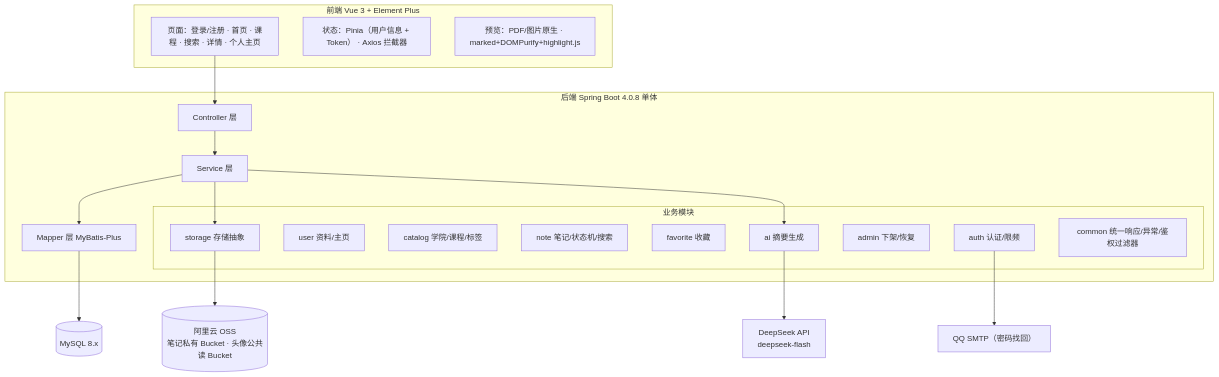
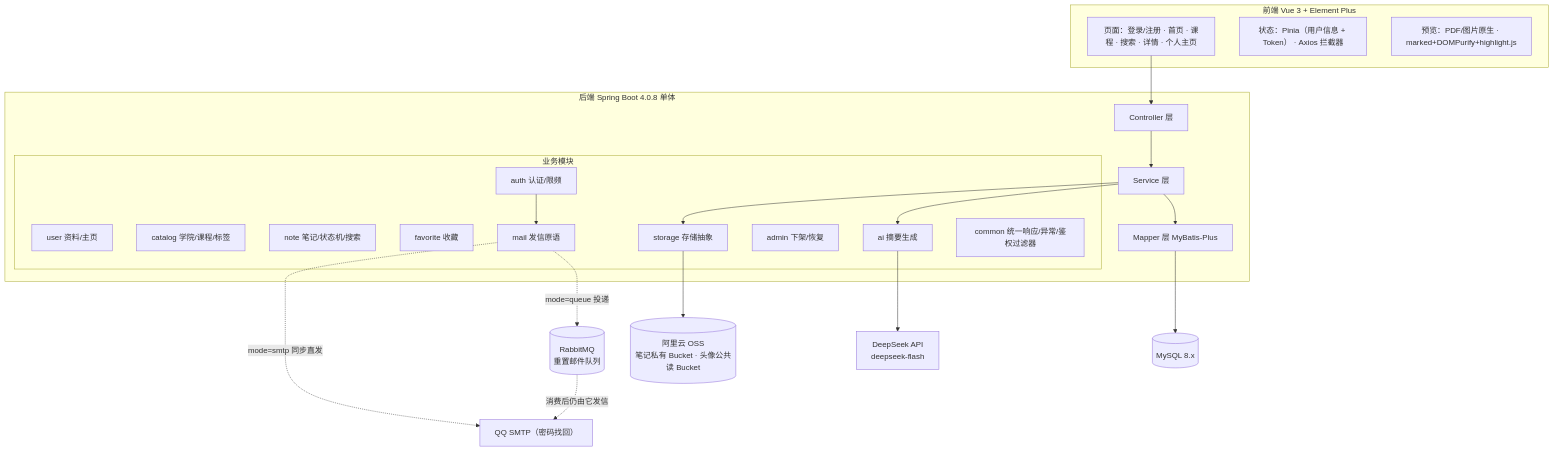
One commit to ShiwarHoufu/jotang-note changed the first of 7 diagrams in docs/概要设计.md. Above: the diagram before and after it, drawn with Mermaid. The commit also changed other lines of this file and 42 other files, not shown here.

````diff
--- a/docs/概要设计.md
+++ b/docs/概要设计.md
@@ -24,35 +28,40 @@
 ```mermaid
 flowchart TB
   subgraph FE["前端 Vue 3 + Element Plus"]
     P1["页面：登录/注册 · 首页 · 课程 · 搜索 · 详情 · 个人主页"]
     P2["状态：Pinia（用户信息 + Token） · Axios 拦截器"]
     P3["预览：PDF/图片原生 · marked+DOMPurify+highlight.js"]
   end
 
   subgraph BE["后端 Spring Boot 4.0.8 单体"]
     C["Controller 层"]
     S["Service 层"]
     M["Mapper 层 MyBatis-Plus"]
     subgraph MOD["业务模块"]
       MA["auth 认证/限频"]
       MU["user 资料/主页"]
       MC["catalog 学院/课程/标签"]
       MN["note 笔记/状态机/搜索"]
       MF["favorite 收藏"]
       MS["storage 存储抽象"]
+      MMail["mail 发信原语"]
       MAdm["admin 下架/恢复"]
       MAI["ai 摘要生成"]
       CM["common 统一响应/异常/鉴权过滤器"]
     end
   end
 
   DB[("MySQL 8.x")]
   OSS[("阿里云 OSS<br/>笔记私有 Bucket · 头像公共读 Bucket")]
   MAIL["QQ SMTP（密码找回）"]
+  MQ[("RabbitMQ<br/>重置邮件队列")]
   LLM["DeepSeek API<br/>deepseek-flash"]
 
   P1 --> C --> S --> M --> DB
   S --> MS --> OSS
-  MA --> MAIL
+  MA --> MMail
+  MMail -.->|mode=smtp 同步直发| MAIL
+  MMail -.->|mode=queue 投递| MQ
+  MQ -.->|消费后仍由它发信| MAIL
   S --> MAI --> LLM
 ```
````
